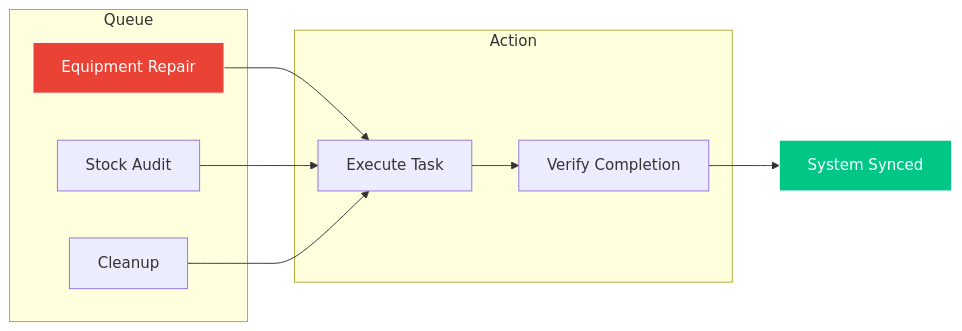
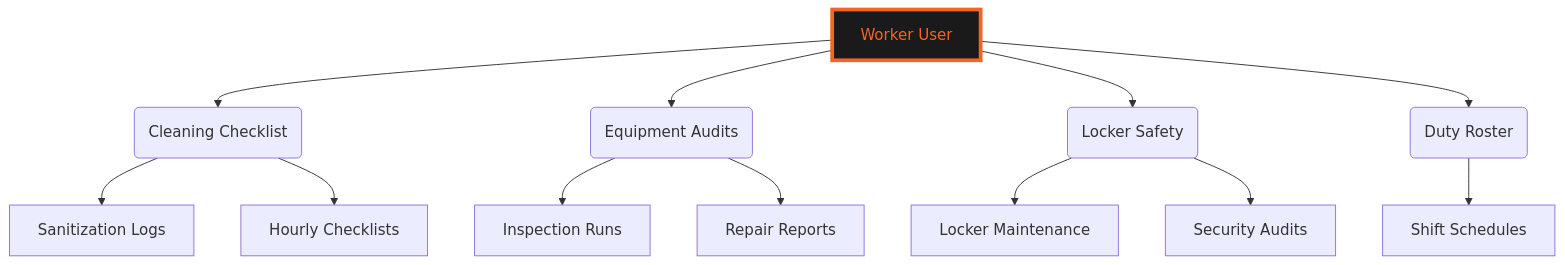
Before and after one commit to Eternalcodertanishq3/Advanced-Gym-Portal: the first of 4 diagrams in docs/worker.md, drawn with Mermaid. The commit also changed other lines of this file and 9 other files, not shown here.

Commit message:
docs: expand remaining docs to exceed 300 lines each with Mermaid system flowcharts

````diff
--- a/docs/worker.md
+++ b/docs/worker.md
@@ -17,22 +32,20 @@
 ```mermaid
-graph LR
-    subgraph "Queue"
-    T1[Equipment Repair]
-    T2[Stock Audit]
-    T3[Cleanup]
-    end
+graph TD
+    A[Worker User] --> B(Cleaning Checklist)
+    A --> C(Equipment Audits)
+    A --> D(Locker Safety)
+    A --> E(Duty Roster)
     
-    subgraph "Action"
-    A1[Execute Task]
-    A2[Verify Completion]
-    end
+    B --> B1[Sanitization Logs]
+    B --> B2[Hourly Checklists]
     
-    T1 --> A1
-    T2 --> A1
-    T3 --> A1
-    A1 --> A2
-    A2 --> S[System Synced]
+    C --> C1[Inspection Runs]
+    C --> C2[Repair Reports]
     
-    style T1 fill:#EA4335,stroke:#fff,color:#fff
-    style S fill:#00C786,stroke:#fff,color:#fff
+    D --> D1[Locker Maintenance]
+    D --> D2[Security Audits]
+    
+    E --> E1[Shift Schedules]
+    
+    style A fill:#1A1A1A,stroke:#F26522,stroke-width:4px,color:#F26522
 ```
````
